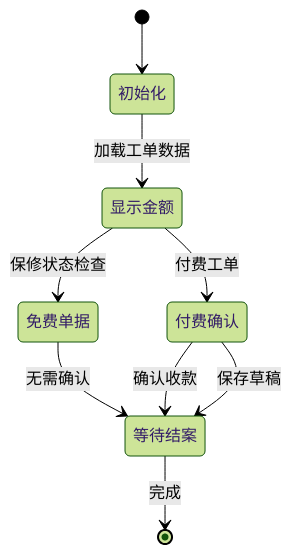
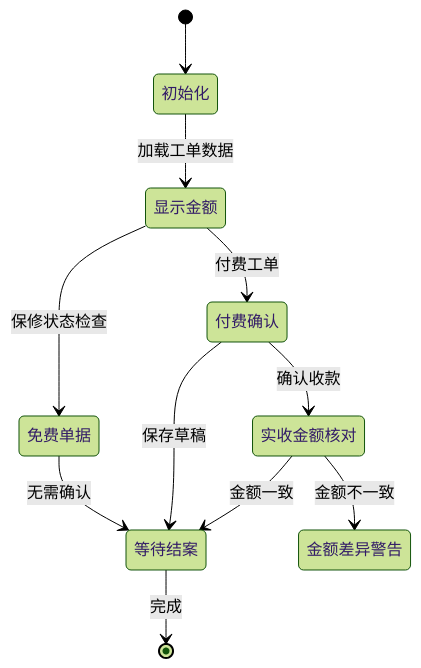
Before and after one commit to CubeEdge/Longhorn: the fourth of 7 diagrams in .qoder/repowiki/zh/content/前端组件架构/服务工作流增强/结案交接模态框.md, drawn with Mermaid (forest theme). The commit also changed other lines of this file and 3 other files, not shown here.

````diff
--- a/.qoder/repowiki/zh/content/前端组件架构/服务工作流增强/结案交接模态框.md
+++ b/.qoder/repowiki/zh/content/前端组件架构/服务工作流增强/结案交接模态框.md
@@ -163,11 +179,13 @@
 ```mermaid
 stateDiagram-v2
 [*] --> 初始化
 初始化 --> 显示金额 : 加载工单数据
 显示金额 --> 免费单据 : 保修状态检查
 显示金额 --> 付费确认 : 付费工单
 免费单据 --> 等待结案 : 无需确认
-付费确认 --> 等待结案 : 确认收款
+付费确认 --> 实收金额核对 : 确认收款
 付费确认 --> 等待结案 : 保存草稿
+实收金额核对 --> 金额差异警告 : 金额不一致
+实收金额核对 --> 等待结案 : 金额一致
 等待结案 --> [*] : 完成
 ```
````
